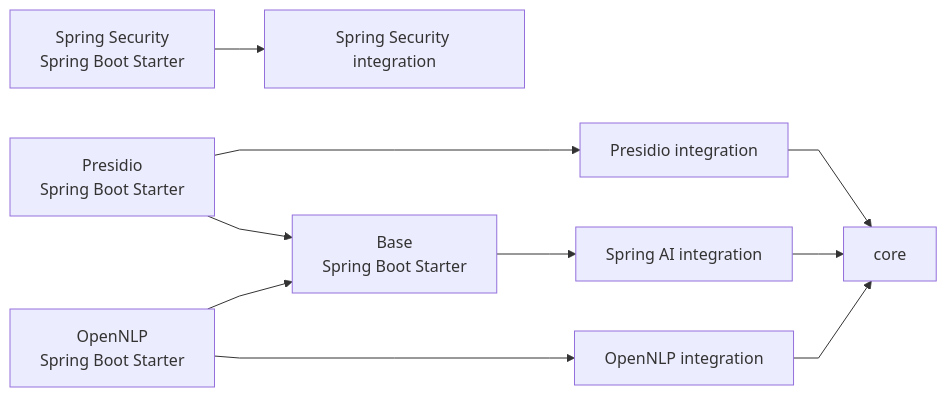
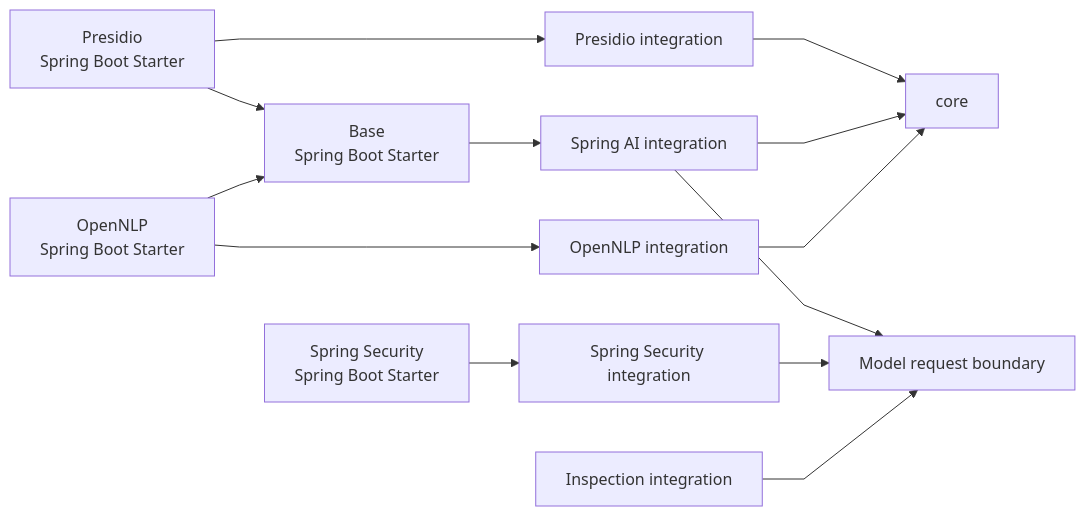
The second of 4 diagrams in docs/architecture.md (ultramancode/spring-ai-privacy-guardrails), drawn with Mermaid before and after one commit. The commit also changed other lines of this file and 14 other files, not shown here.

````diff
--- a/docs/architecture.md
+++ b/docs/architecture.md
@@ -49,18 +49,22 @@
 ```mermaid
 %%{init: {"flowchart": {"curve": "linear"}}}%%
 flowchart LR
     CORE["core"]
 
     PRES["Presidio integration"] --> CORE
     SAI["Spring AI integration"] --> CORE
     OPEN["OpenNLP integration"] --> CORE
     SEC["Spring Security integration"]
+    BOUNDARY["Model request boundary"]
+    SAI --> BOUNDARY
+    SEC --> BOUNDARY
+    INSPECTION["Inspection integration"] --> BOUNDARY
 
     PRESBOOT["Presidio<br/>Spring Boot Starter"] --> PRES
     BASE["Base<br/>Spring Boot Starter"] --> SAI
     OPENBOOT["OpenNLP<br/>Spring Boot Starter"] --> OPEN
     SECBOOT["Spring Security<br/>Spring Boot Starter"] --> SEC
 
     PRESBOOT --> BASE
     OPENBOOT --> BASE
 ```
````
